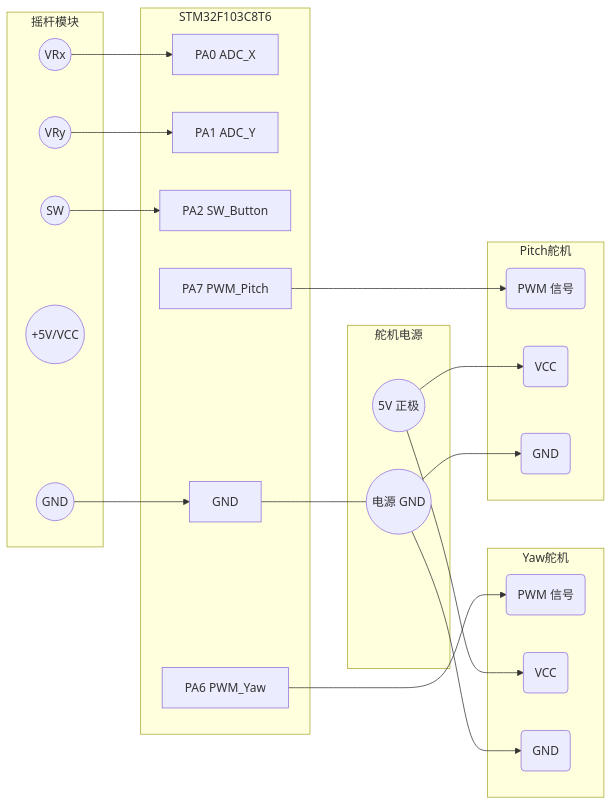
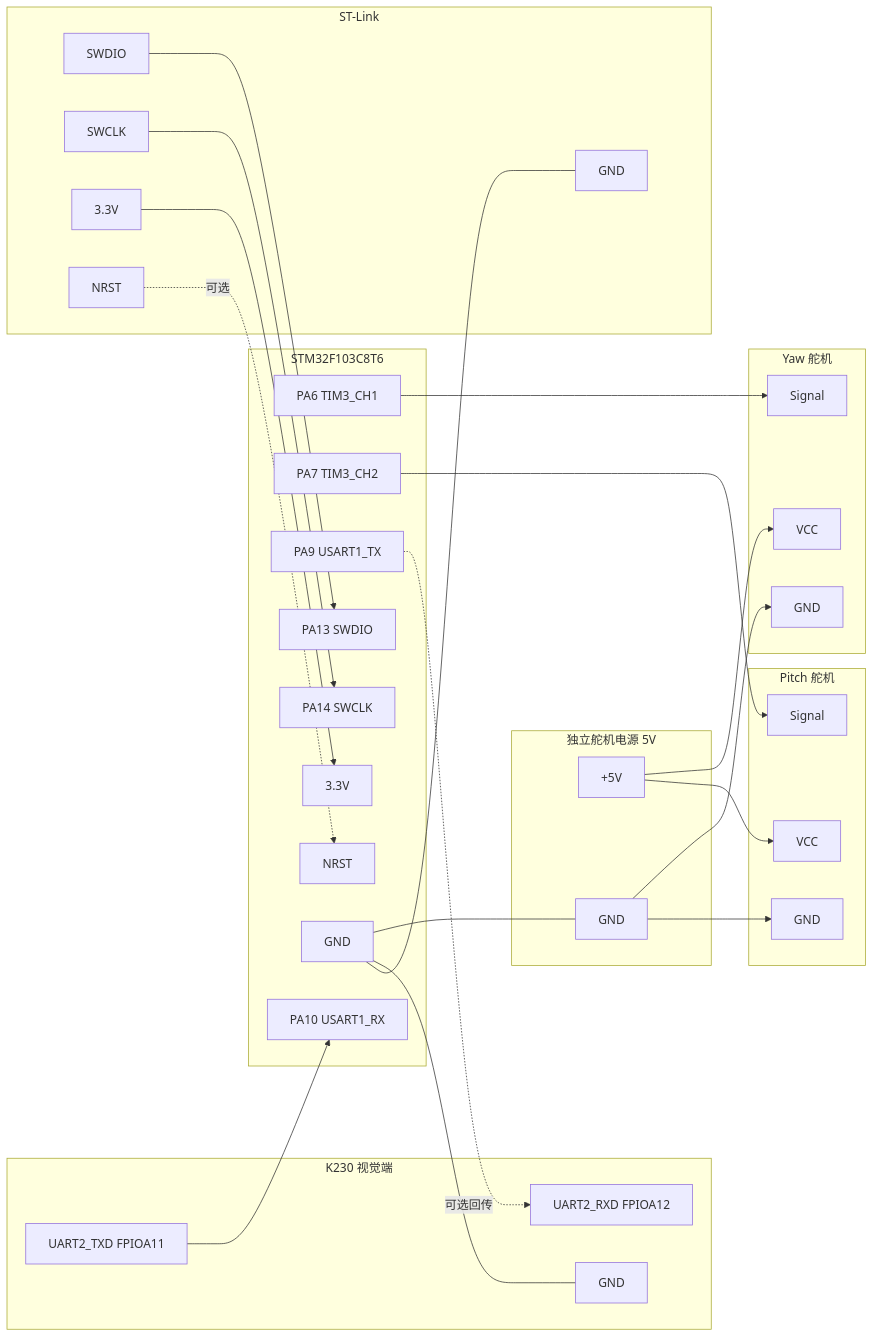
One commit to apricityzj/k230-tracking-gimbal-based-on-stm32 changed the diagram in 硬件接线图.md. Above: the diagram before and after it, drawn with Mermaid. The commit also changed other lines of this file and 46 other files, not shown here.

````diff
--- a/硬件接线图.md
+++ b/硬件接线图.md
@@ -45,55 +82,65 @@
 ```mermaid
 graph LR
-    subgraph STM32F103C8T6
-        PA0[PA0 ADC_X]
-        PA1[PA1 ADC_Y]
-        PA2[PA2 SW_Button]
-        PA6[PA6 PWM_Yaw]
-        PA7[PA7 PWM_Pitch]
-        GND[GND]
+    subgraph STM32[STM32F103C8T6]
+        PA6[PA6 TIM3_CH1]
+        PA7[PA7 TIM3_CH2]
+        PA9[PA9 USART1_TX]
+        PA10[PA10 USART1_RX]
+        SWDIO[PA13 SWDIO]
+        SWCLK[PA14 SWCLK]
+        NRST[NRST]
+        SGND[GND]
+        V33[3.3V]
     end
 
-    subgraph 摇杆模块
-        Joy_X((VRx))
-        Joy_Y((VRy))
-        Joy_SW((SW))
-        Joy_VCC((+5V/VCC))
-        Joy_GND((GND))
+    subgraph K230[K230 视觉端]
+        KTX[UART2_TXD FPIOA11]
+        KRX[UART2_RXD FPIOA12]
+        KGND[GND]
     end
 
-    subgraph 舵机电源
-        Power5V((5V 正极))
-        PowerGND((电源 GND))
+    subgraph Power[独立舵机电源 5V]
+        P5[+5V]
+        PG[GND]
     end
 
-    subgraph Yaw舵机
-        Y_Sig(PWM 信号)
-        Y_VCC(VCC)
-        Y_GND(GND)
+    subgraph Servo1[Yaw 舵机]
+        S1S[Signal]
+        S1V[VCC]
+        S1G[GND]
     end
 
-    subgraph Pitch舵机
-        P_Sig(PWM 信号)
-        P_VCC(VCC)
-        P_GND(GND)
+    subgraph Servo2[Pitch 舵机]
+        S2S[Signal]
+        S2V[VCC]
+        S2G[GND]
     end
 
-    %% joystick
-    Joy_X --> PA0
-    Joy_Y --> PA1
-    Joy_SW --> PA2
-    Joy_GND --> GND
-    
-    %% servo signal
-    PA6 --> Y_Sig
-    PA7 --> P_Sig
-    
-    %% Power
-    Power5V --> Y_VCC
-    Power5V --> P_VCC
-    PowerGND --> Y_GND
-    PowerGND --> P_GND
-    
-    %% Common Ground
-    GND --- PowerGND
+    subgraph STLink[ST-Link]
+        TSWDIO[SWDIO]
+        TSWCLK[SWCLK]
+        TGND[GND]
+        TV33[3.3V]
+        TNRST[NRST]
+    end
+
+    PA6 --> S1S
+    PA7 --> S2S
+
+    KTX --> PA10
+    PA9 -.可选回传.-> KRX
+
+    P5 --> S1V
+    P5 --> S2V
+    PG --> S1G
+    PG --> S2G
+
+    SGND --- PG
+    SGND --- KGND
+    SGND --- TGND
+
+    TSWDIO --> SWDIO
+    TSWCLK --> SWCLK
+    TNRST -.可选.-> NRST
+    TV33 --> V33
 ```
````
